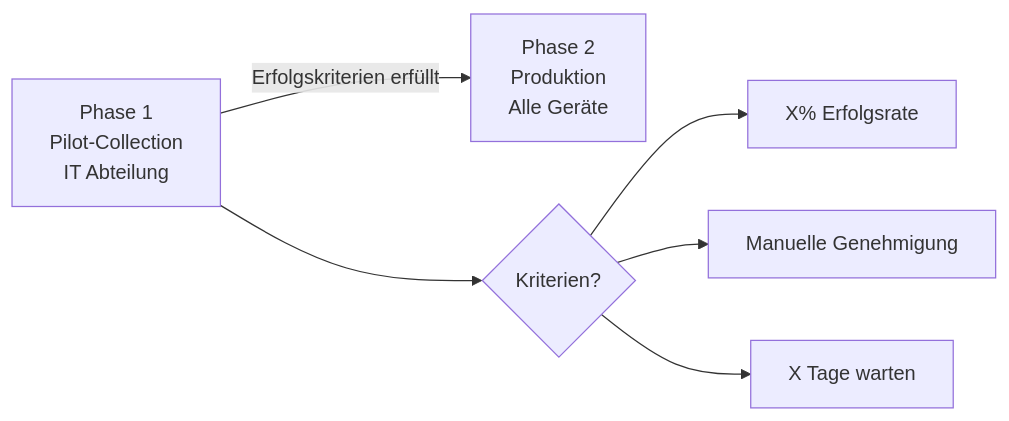
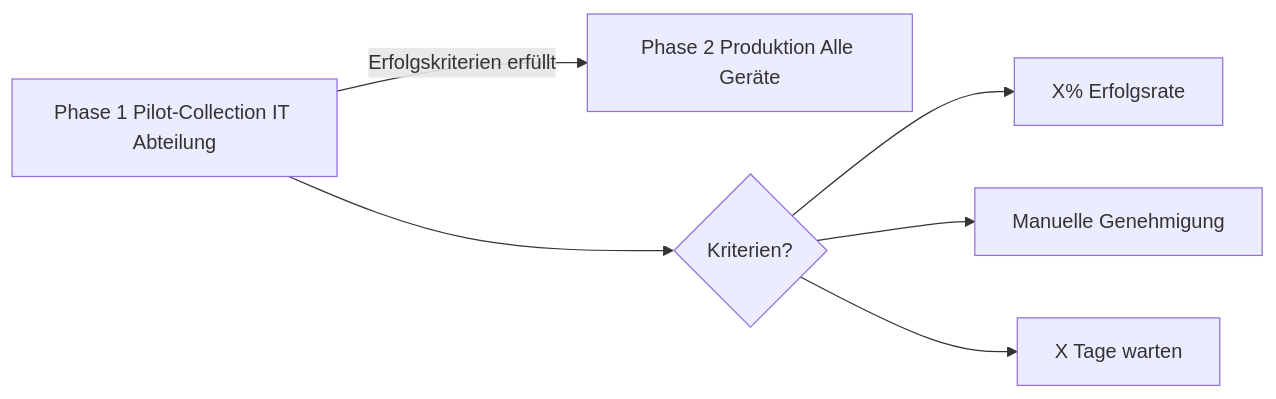
Before and after one commit to SoniiiT/notes-n-docs: the fifth of 5 diagrams in Microsoft 365/System Center/MECM Software Deployment.md, drawn with Mermaid. The commit also changed other lines of this file and 124 other files, not shown here.

First line of the commit message:
fix: Entferne \n aus allen Mermaid-Diagrammen (125 Dateien)

````diff
--- a/Microsoft 365/System Center/MECM Software Deployment.md
+++ b/Microsoft 365/System Center/MECM Software Deployment.md
@@ -262,8 +262,8 @@
 ```mermaid
 flowchart LR
-    P1[Phase 1\nPilot-Collection\nIT Abteilung] -->|Erfolgskriterien erfüllt| P2[Phase 2\nProduktion\nAlle Geräte]
+    P1[Phase 1 Pilot-Collection IT Abteilung] -->|Erfolgskriterien erfüllt| P2[Phase 2 Produktion Alle Geräte]
     P1 --> C1{Kriterien?}
     C1 --> K1[X% Erfolgsrate]
     C1 --> K2[Manuelle Genehmigung]
     C1 --> K3[X Tage warten]
 ```
````
